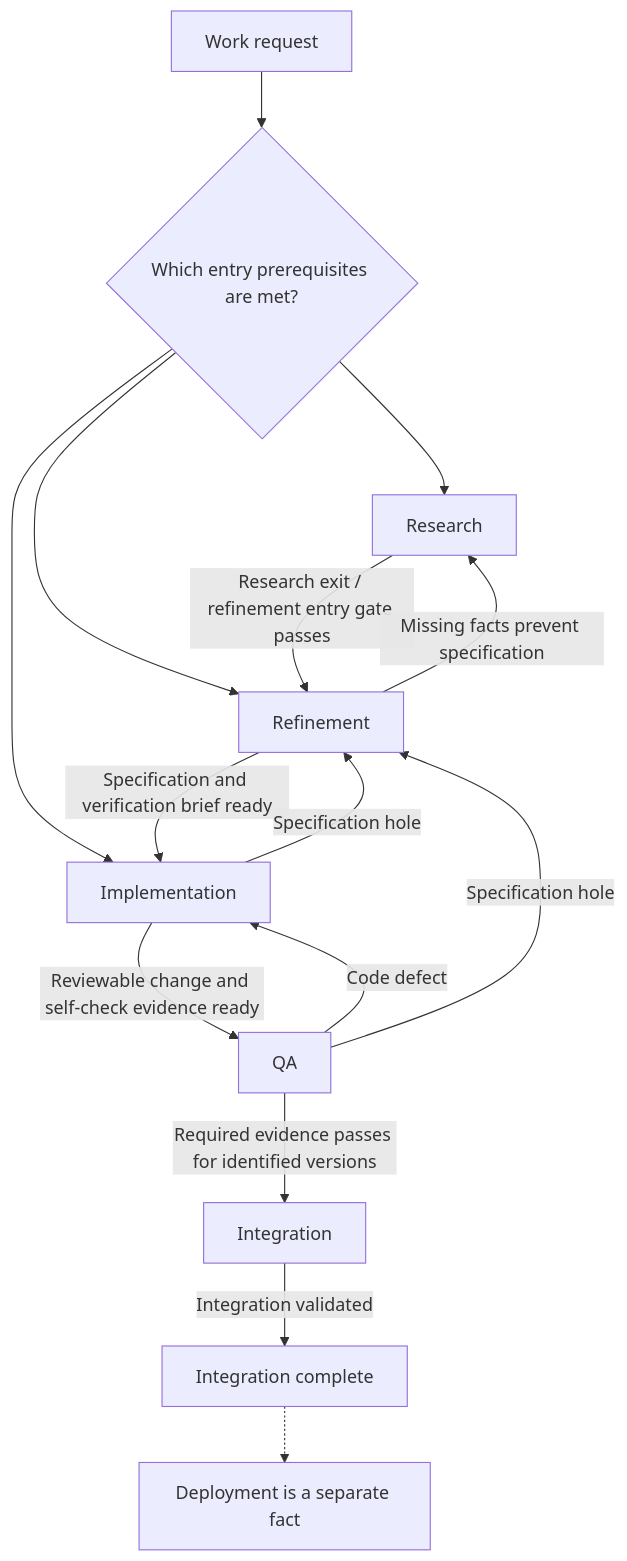
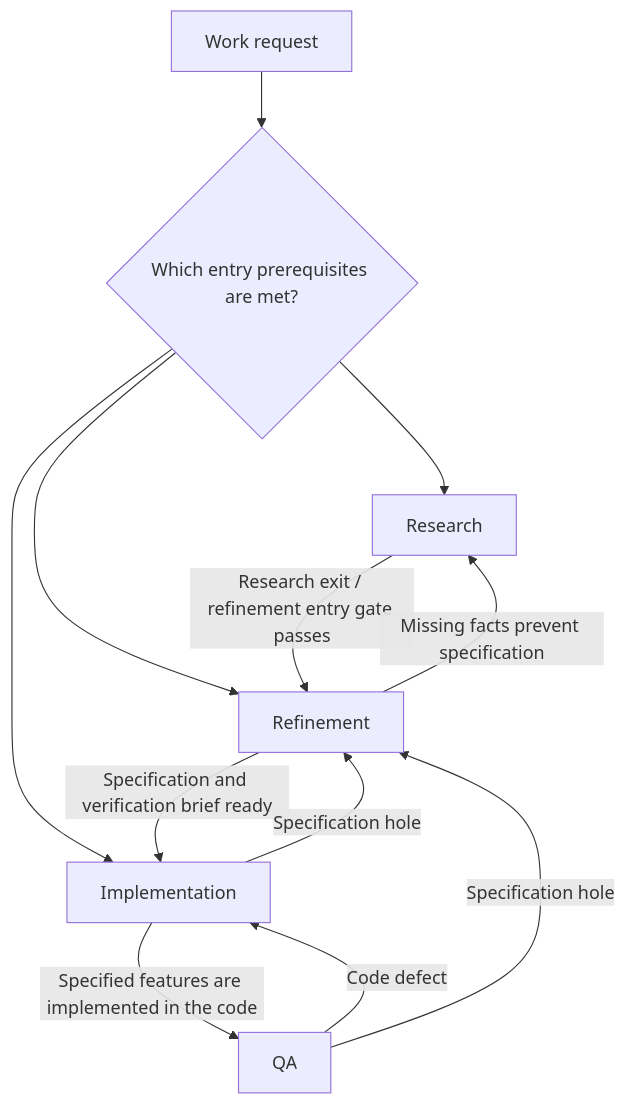
The first of 2 diagrams in skills/workflow/references/lifecycle.md (mikemajara/mstack), drawn with Mermaid before and after one commit. The commit also changed other lines of this file and 11 other files, not shown here.

````diff
--- a/skills/workflow/references/lifecycle.md
+++ b/skills/workflow/references/lifecycle.md
@@ -13,17 +13,14 @@
 ```mermaid
 flowchart TD
     Request[Work request] --> Entry{Which entry prerequisites are met?}
     Entry --> Research[Research]
     Entry --> Refine[Refinement]
     Entry --> Implement[Implementation]
     Research -->|Research exit / refinement entry gate passes| Refine
     Refine -->|Specification and verification brief ready| Implement
     Refine -->|Missing facts prevent specification| Research
-    Implement -->|Reviewable change and self-check evidence ready| QA[QA]
+    Implement -->|Specified features are implemented in the code| QA[QA]
     Implement -->|Specification hole| Refine
     QA -->|Code defect| Implement
     QA -->|Specification hole| Refine
-    QA -->|Required evidence passes for identified versions| Integration[Integration]
-    Integration -->|Integration validated| Integrated[Integration complete]
-    Integrated -.-> Deployment[Deployment is a separate fact]
 ```
````
